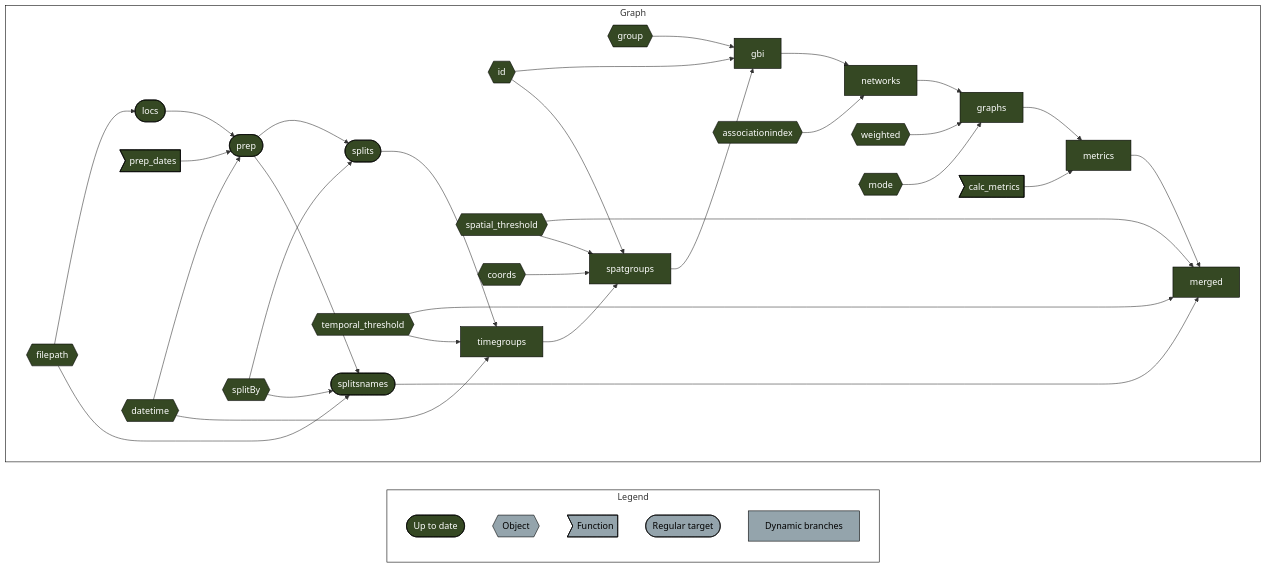
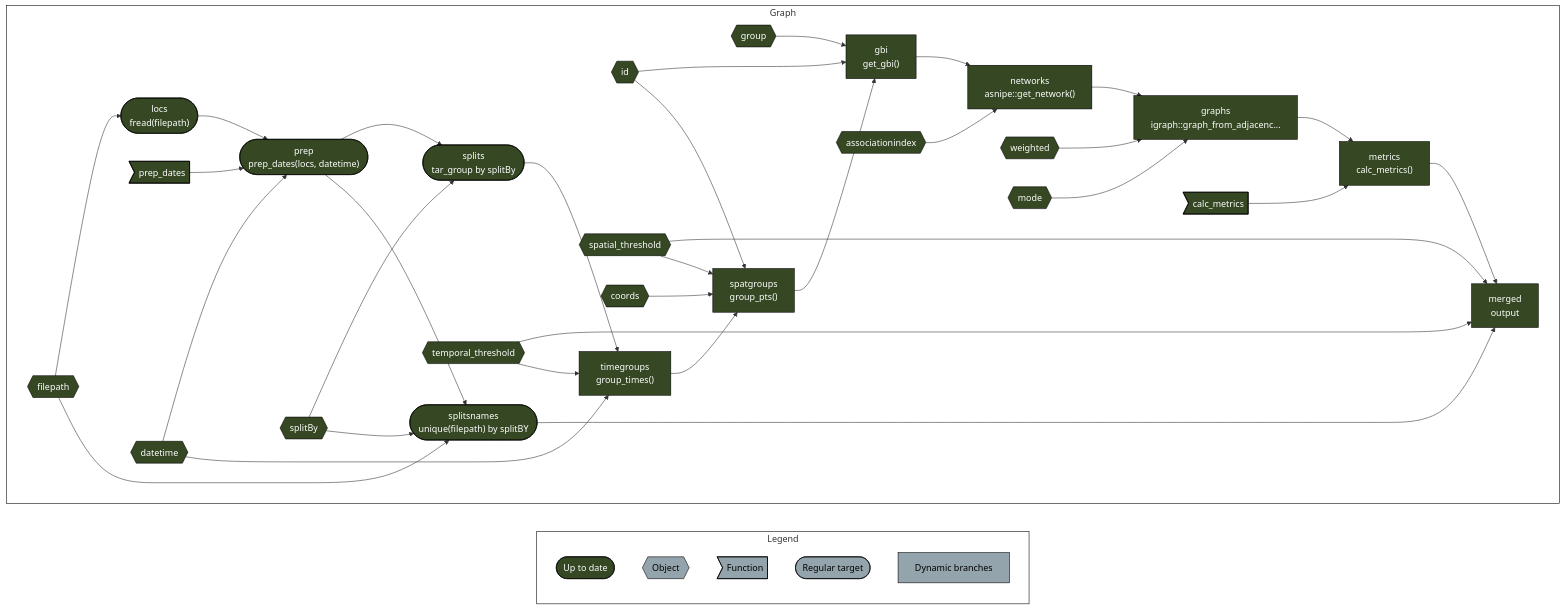
The diagram in README.md (robitalec/targets-spatsoc-networks), drawn with Mermaid before and after one commit.

````diff
--- a/README.md
+++ b/README.md
@@ -10,48 +10,48 @@
 ``` mermaid
 graph LR
   style Legend fill:#FFFFFF00,stroke:#000000;
   style Graph fill:#FFFFFF00,stroke:#000000;
   subgraph Legend
     xf1522833a4d242c5(["Up to date"]):::uptodate
     xbecb13963f49e50b{{"Object"}}:::none
     xeb2d7cac8a1ce544>"Function"]:::none
     xd03d7c7dd2ddda2b(["Regular target"]):::none
     x6f7e04ea3427f824["Dynamic branches"]:::none
   end
   subgraph Graph
     direction LR
-    xfeaff7c1bc5fe2e5{{"group"}}:::uptodate --> x8b0c676d7240242a["gbi"]:::uptodate
-    xc25194a2e4c760d5{{"id"}}:::uptodate --> x8b0c676d7240242a["gbi"]:::uptodate
-    xdf10c21b92224150["spatgroups"]:::uptodate --> x8b0c676d7240242a["gbi"]:::uptodate
-    xc389638817199bf0["networks"]:::uptodate --> x2db02d438e6d5e6f["graphs"]:::uptodate
-    x7ceaaf778822044f{{"weighted"}}:::uptodate --> x2db02d438e6d5e6f["graphs"]:::uptodate
-    x8568773019f89f54{{"mode"}}:::uptodate --> x2db02d438e6d5e6f["graphs"]:::uptodate
-    x251c0fecf340765b{{"filepath"}}:::uptodate --> x5d49490da5202c91(["locs"]):::uptodate
-    x544e14c8fac2c5b0["metrics"]:::uptodate --> x0babe2584c9010e0["merged"]:::uptodate
-    x86be964788bf0a62{{"spatial_threshold"}}:::uptodate --> x0babe2584c9010e0["merged"]:::uptodate
-    xe5f9f129783c9289(["splitsnames"]):::uptodate --> x0babe2584c9010e0["merged"]:::uptodate
-    x7691bca923fa768d{{"temporal_threshold"}}:::uptodate --> x0babe2584c9010e0["merged"]:::uptodate
-    x6f3a445de245bc35>"calc_metrics"]:::uptodate --> x544e14c8fac2c5b0["metrics"]:::uptodate
-    x2db02d438e6d5e6f["graphs"]:::uptodate --> x544e14c8fac2c5b0["metrics"]:::uptodate
-    xc46e1ab6af5c8492{{"associationindex"}}:::uptodate --> xc389638817199bf0["networks"]:::uptodate
-    x8b0c676d7240242a["gbi"]:::uptodate --> xc389638817199bf0["networks"]:::uptodate
-    xd135a9eb46727432>"prep_dates"]:::uptodate --> x3906e3b7b61cde90(["prep"]):::uptodate
-    xe1070fbd6d46a47b{{"datetime"}}:::uptodate --> x3906e3b7b61cde90(["prep"]):::uptodate
-    x5d49490da5202c91(["locs"]):::uptodate --> x3906e3b7b61cde90(["prep"]):::uptodate
-    xbd740468b493bf05{{"coords"}}:::uptodate --> xdf10c21b92224150["spatgroups"]:::uptodate
-    xc25194a2e4c760d5{{"id"}}:::uptodate --> xdf10c21b92224150["spatgroups"]:::uptodate
-    x86be964788bf0a62{{"spatial_threshold"}}:::uptodate --> xdf10c21b92224150["spatgroups"]:::uptodate
-    xc119b121c4bf638e["timegroups"]:::uptodate --> xdf10c21b92224150["spatgroups"]:::uptodate
-    x6fa178f2283ab5b1{{"splitBy"}}:::uptodate --> xf94084fe2fb21595(["splits"]):::uptodate
-    x3906e3b7b61cde90(["prep"]):::uptodate --> xf94084fe2fb21595(["splits"]):::uptodate
-    x251c0fecf340765b{{"filepath"}}:::uptodate --> xe5f9f129783c9289(["splitsnames"]):::uptodate
-    x6fa178f2283ab5b1{{"splitBy"}}:::uptodate --> xe5f9f129783c9289(["splitsnames"]):::uptodate
-    x3906e3b7b61cde90(["prep"]):::uptodate --> xe5f9f129783c9289(["splitsnames"]):::uptodate
-    xe1070fbd6d46a47b{{"datetime"}}:::uptodate --> xc119b121c4bf638e["timegroups"]:::uptodate
-    x7691bca923fa768d{{"temporal_threshold"}}:::uptodate --> xc119b121c4bf638e["timegroups"]:::uptodate
-    xf94084fe2fb21595(["splits"]):::uptodate --> xc119b121c4bf638e["timegroups"]:::uptodate
+    xfeaff7c1bc5fe2e5{{"group"}}:::uptodate --> x8b0c676d7240242a["gbi<br>get_gbi()"]:::uptodate
+    xc25194a2e4c760d5{{"id"}}:::uptodate --> x8b0c676d7240242a["gbi<br>get_gbi()"]:::uptodate
+    xdf10c21b92224150["spatgroups<br>group_pts()"]:::uptodate --> x8b0c676d7240242a["gbi<br>get_gbi()"]:::uptodate
+    xc389638817199bf0["networks<br>asnipe::get_network()"]:::uptodate --> x2db02d438e6d5e6f["graphs<br>igraph::graph_from_adjacenc..."]:::uptodate
+    x7ceaaf778822044f{{"weighted"}}:::uptodate --> x2db02d438e6d5e6f["graphs<br>igraph::graph_from_adjacenc..."]:::uptodate
+    x8568773019f89f54{{"mode"}}:::uptodate --> x2db02d438e6d5e6f["graphs<br>igraph::graph_from_adjacenc..."]:::uptodate
+    x251c0fecf340765b{{"filepath"}}:::uptodate --> x5d49490da5202c91(["locs<br>fread(filepath)"]):::uptodate
+    x544e14c8fac2c5b0["metrics<br>calc_metrics()"]:::uptodate --> x0babe2584c9010e0["merged<br>output"]:::uptodate
+    x86be964788bf0a62{{"spatial_threshold"}}:::uptodate --> x0babe2584c9010e0["merged<br>output"]:::uptodate
+    xe5f9f129783c9289(["splitsnames<br>unique(filepath) by splitBY"]):::uptodate --> x0babe2584c9010e0["merged<br>output"]:::uptodate
+    x7691bca923fa768d{{"temporal_threshold"}}:::uptodate --> x0babe2584c9010e0["merged<br>output"]:::uptodate
+    x6f3a445de245bc35>"calc_metrics"]:::uptodate --> x544e14c8fac2c5b0["metrics<br>calc_metrics()"]:::uptodate
+    x2db02d438e6d5e6f["graphs<br>igraph::graph_from_adjacenc..."]:::uptodate --> x544e14c8fac2c5b0["metrics<br>calc_metrics()"]:::uptodate
+    xc46e1ab6af5c8492{{"associationindex"}}:::uptodate --> xc389638817199bf0["networks<br>asnipe::get_network()"]:::uptodate
+    x8b0c676d7240242a["gbi<br>get_gbi()"]:::uptodate --> xc389638817199bf0["networks<br>asnipe::get_network()"]:::uptodate
+    xd135a9eb46727432>"prep_dates"]:::uptodate --> x3906e3b7b61cde90(["prep<br>prep_dates(locs, datetime)"]):::uptodate
+    xe1070fbd6d46a47b{{"datetime"}}:::uptodate --> x3906e3b7b61cde90(["prep<br>prep_dates(locs, datetime)"]):::uptodate
+    x5d49490da5202c91(["locs<br>fread(filepath)"]):::uptodate --> x3906e3b7b61cde90(["prep<br>prep_dates(locs, datetime)"]):::uptodate
+    xbd740468b493bf05{{"coords"}}:::uptodate --> xdf10c21b92224150["spatgroups<br>group_pts()"]:::uptodate
+    xc25194a2e4c760d5{{"id"}}:::uptodate --> xdf10c21b92224150["spatgroups<br>group_pts()"]:::uptodate
+    x86be964788bf0a62{{"spatial_threshold"}}:::uptodate --> xdf10c21b92224150["spatgroups<br>group_pts()"]:::uptodate
+    xc119b121c4bf638e["timegroups<br>group_times()"]:::uptodate --> xdf10c21b92224150["spatgroups<br>group_pts()"]:::uptodate
+    x6fa178f2283ab5b1{{"splitBy"}}:::uptodate --> xf94084fe2fb21595(["splits<br>tar_group by splitBy"]):::uptodate
+    x3906e3b7b61cde90(["prep<br>prep_dates(locs, datetime)"]):::uptodate --> xf94084fe2fb21595(["splits<br>tar_group by splitBy"]):::uptodate
+    x251c0fecf340765b{{"filepath"}}:::uptodate --> xe5f9f129783c9289(["splitsnames<br>unique(filepath) by splitBY"]):::uptodate
+    x6fa178f2283ab5b1{{"splitBy"}}:::uptodate --> xe5f9f129783c9289(["splitsnames<br>unique(filepath) by splitBY"]):::uptodate
+    x3906e3b7b61cde90(["prep<br>prep_dates(locs, datetime)"]):::uptodate --> xe5f9f129783c9289(["splitsnames<br>unique(filepath) by splitBY"]):::uptodate
+    xe1070fbd6d46a47b{{"datetime"}}:::uptodate --> xc119b121c4bf638e["timegroups<br>group_times()"]:::uptodate
+    x7691bca923fa768d{{"temporal_threshold"}}:::uptodate --> xc119b121c4bf638e["timegroups<br>group_times()"]:::uptodate
+    xf94084fe2fb21595(["splits<br>tar_group by splitBy"]):::uptodate --> xc119b121c4bf638e["timegroups<br>group_times()"]:::uptodate
     
   end
   classDef uptodate stroke:#000000,color:#ffffff,fill:#354823;
   classDef none stroke:#000000,color:#000000,fill:#94a4ac;
 ```
````
